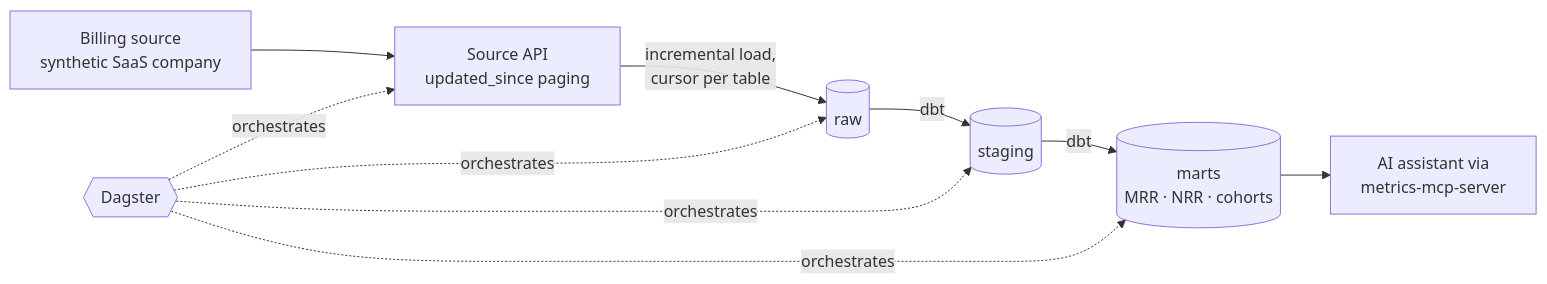
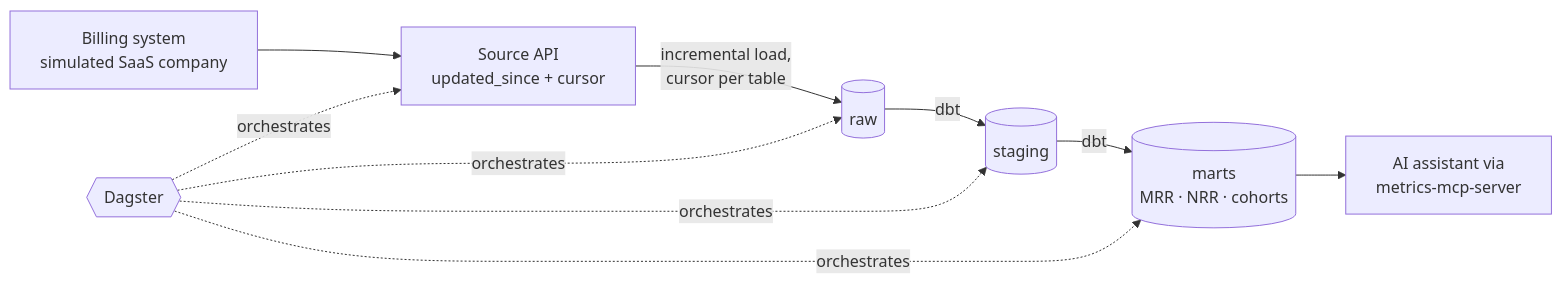
Before and after one commit to Itsraza099/saas-metrics-platform: the diagram in README.md, drawn with Mermaid. The commit also changed other lines of this file and 29 other files, not shown here.

First line of the commit message:
Add incremental loading from a simulated billing source

````diff
--- a/README.md
+++ b/README.md
@@ -23,9 +23,9 @@
 ```mermaid
 flowchart LR
-    G[Billing source<br/>synthetic SaaS company] --> API[Source API<br/>updated_since paging]
+    G[Billing system<br/>simulated SaaS company] --> API[Source API<br/>updated_since + cursor]
     API -->|incremental load,<br/>cursor per table| RAW[(raw)]
     RAW -->|dbt| STG[(staging)]
     STG -->|dbt| MARTS[(marts<br/>MRR · NRR · cohorts)]
     D{{Dagster}} -.orchestrates.-> API & RAW & STG & MARTS
     MARTS --> MCP[AI assistant via<br/>metrics-mcp-server]
 ```
````
